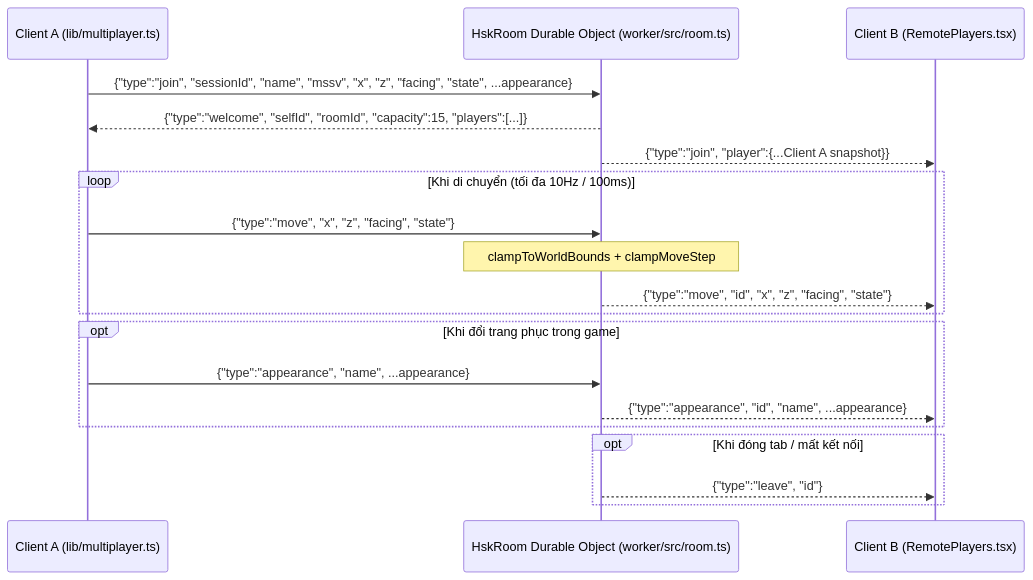
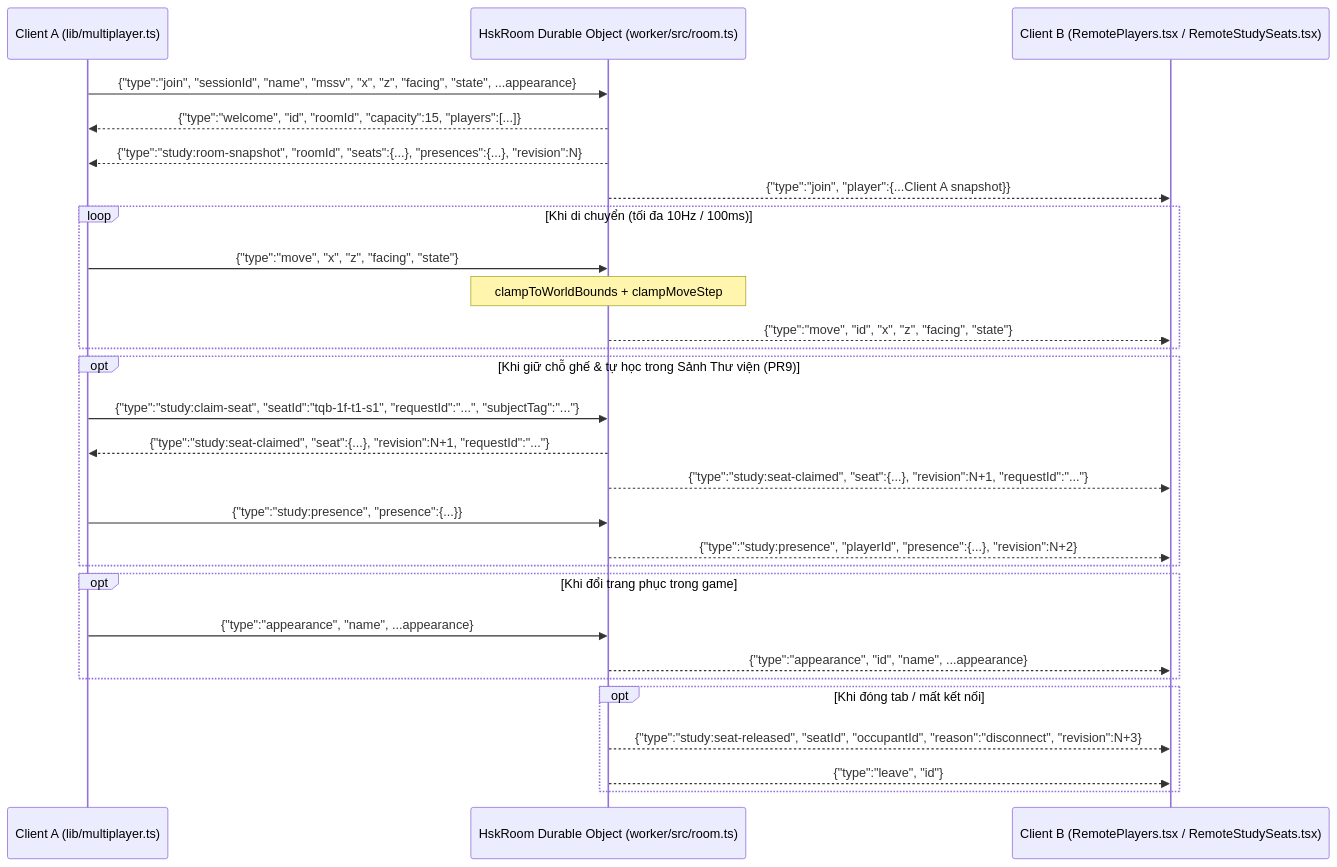
Before and after one commit to haianhant/hust-hsk: the diagram in docs/architecture/multiplayer.md, drawn with Mermaid. The commit also changed other lines of this file and 44 other files, not shown here.

Commit message:
feat(pr9): server-authoritative library seat occupancy and live study presence

````diff
--- a/docs/architecture/multiplayer.md
+++ b/docs/architecture/multiplayer.md
@@ -26,25 +27,35 @@
 ```mermaid
 sequenceDiagram
   participant A as Client A (lib/multiplayer.ts)
   participant DO as HskRoom Durable Object (worker/src/room.ts)
-  participant B as Client B (RemotePlayers.tsx)
+  participant B as Client B (RemotePlayers.tsx / RemoteStudySeats.tsx)
 
   A->>DO: {"type":"join", "sessionId", "name", "mssv", "x", "z", "facing", "state", ...appearance}
-  DO-->>A: {"type":"welcome", "selfId", "roomId", "capacity":15, "players":[...]}
+  DO-->>A: {"type":"welcome", "id", "roomId", "capacity":15, "players":[...]}
+  DO-->>A: {"type":"study:room-snapshot", "roomId", "seats":{...}, "presences":{...}, "revision":N}
   DO-->>B: {"type":"join", "player":{...Client A snapshot}}
 
   loop Khi di chuyển (tối đa 10Hz / 100ms)
     A->>DO: {"type":"move", "x", "z", "facing", "state"}
     Note over DO: clampToWorldBounds + clampMoveStep
     DO-->>B: {"type":"move", "id", "x", "z", "facing", "state"}
   end
 
+  opt Khi giữ chỗ ghế & tự học trong Sảnh Thư viện (PR9)
+    A->>DO: {"type":"study:claim-seat", "seatId":"tqb-1f-t1-s1", "requestId":"...", "subjectTag":"..."}
+    DO-->>A: {"type":"study:seat-claimed", "seat":{...}, "revision":N+1, "requestId":"..."}
+    DO-->>B: {"type":"study:seat-claimed", "seat":{...}, "revision":N+1, "requestId":"..."}
+    A->>DO: {"type":"study:presence", "presence":{...}}
+    DO-->>B: {"type":"study:presence", "playerId", "presence":{...}, "revision":N+2}
+  end
+
   opt Khi đổi trang phục trong game
     A->>DO: {"type":"appearance", "name", ...appearance}
     DO-->>B: {"type":"appearance", "id", "name", ...appearance}
   end
 
   opt Khi đóng tab / mất kết nối
+    DO-->>B: {"type":"study:seat-released", "seatId", "occupantId", "reason":"disconnect", "revision":N+3}
     DO-->>B: {"type":"leave", "id"}
   end
 ```
````
